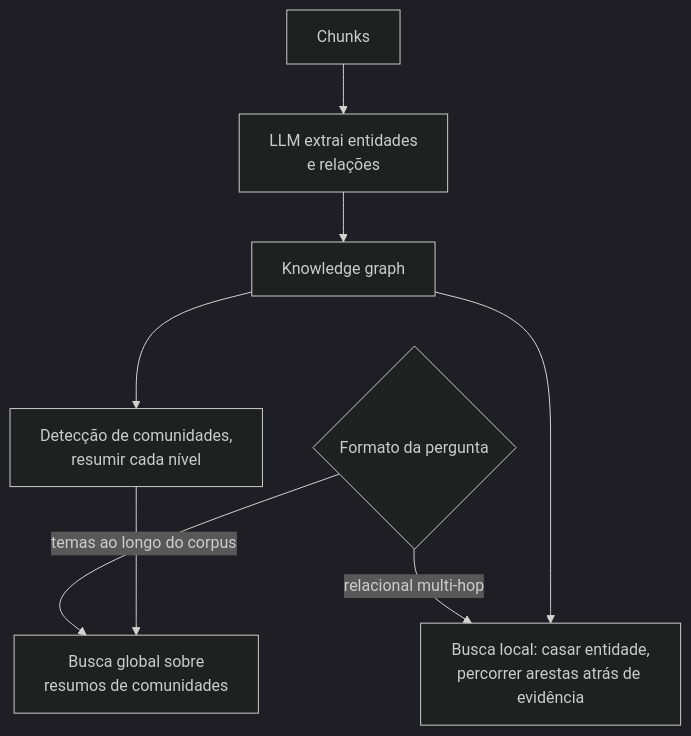
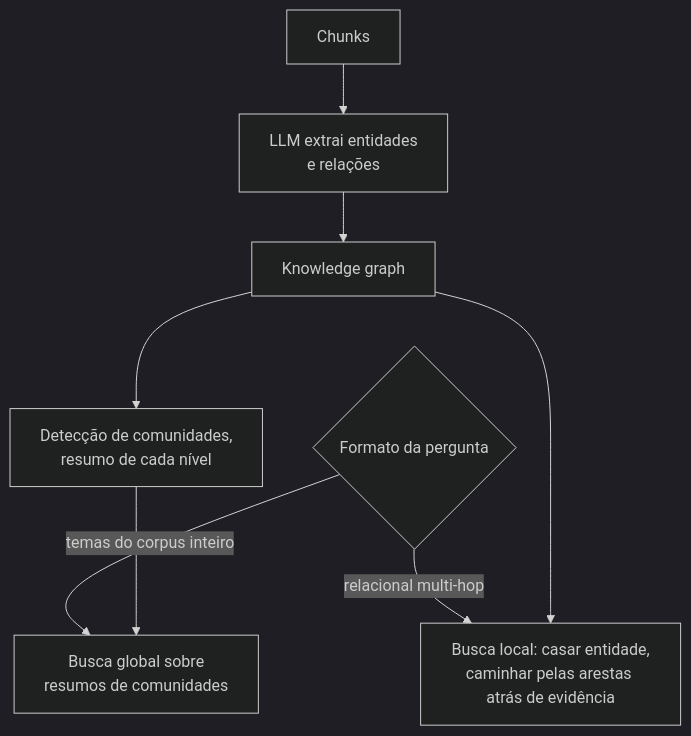
Before and after one commit to andrevberaldo/AI-Engineer-Interview-Questions: diagram 20 of 30 in 04-rag-and-retrieval/questions.pt-BR.md, drawn with Mermaid (dark theme). The commit also changed other lines of this file and 1 other file, not shown here.

````diff
--- a/04-rag-and-retrieval/questions.pt-BR.md
+++ b/04-rag-and-retrieval/questions.pt-BR.md
@@ -1044,10 +1044,10 @@
 ```mermaid
 flowchart TD
     C["Chunks"] --> X["LLM extrai entidades<br/>e relações"]
     X --> G["Knowledge graph"]
-    G --> D["Detecção de comunidades,<br/>resumir cada nível"]
-    Q{"Formato da pergunta"} -->|"relacional multi-hop"| L["Busca local: casar entidade,<br/>percorrer arestas atrás de evidência"]
-    Q -->|"temas ao longo do corpus"| S["Busca global sobre<br/>resumos de comunidades"]
+    G --> D["Detecção de comunidades,<br/>resumo de cada nível"]
+    Q{"Formato da pergunta"} -->|"relacional multi-hop"| L["Busca local: casar entidade,<br/>caminhar pelas arestas atrás de evidência"]
+    Q -->|"temas do corpus inteiro"| S["Busca global sobre<br/>resumos de comunidades"]
     G --> L
     D --> S
 ```
````
